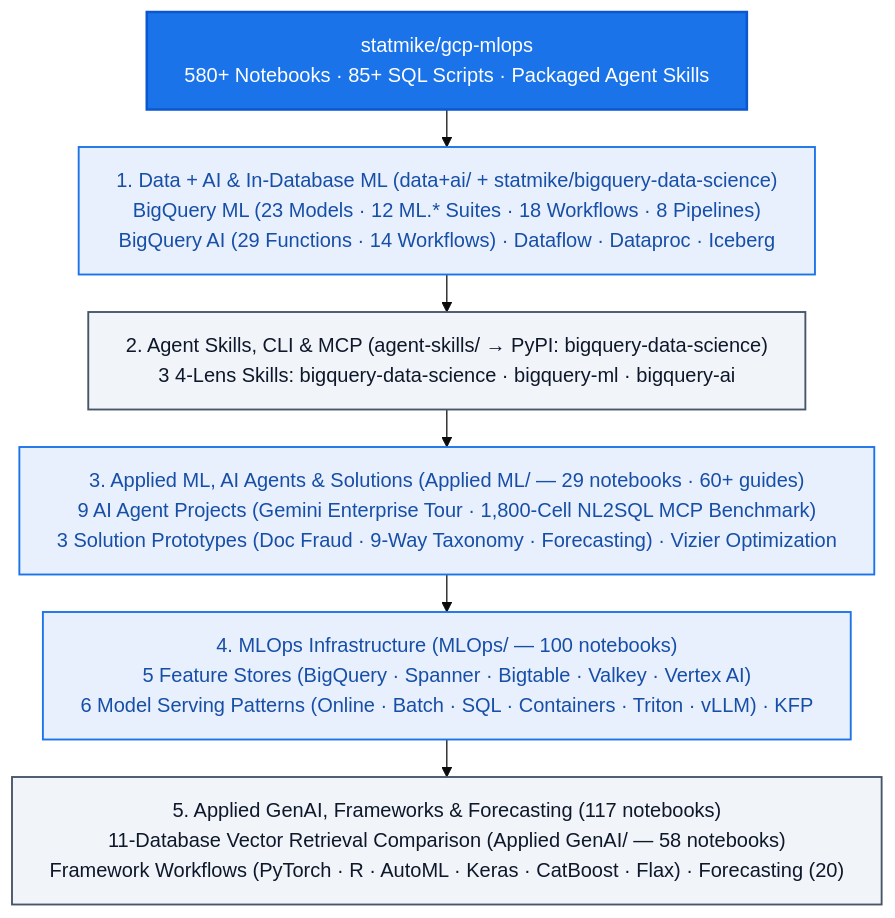
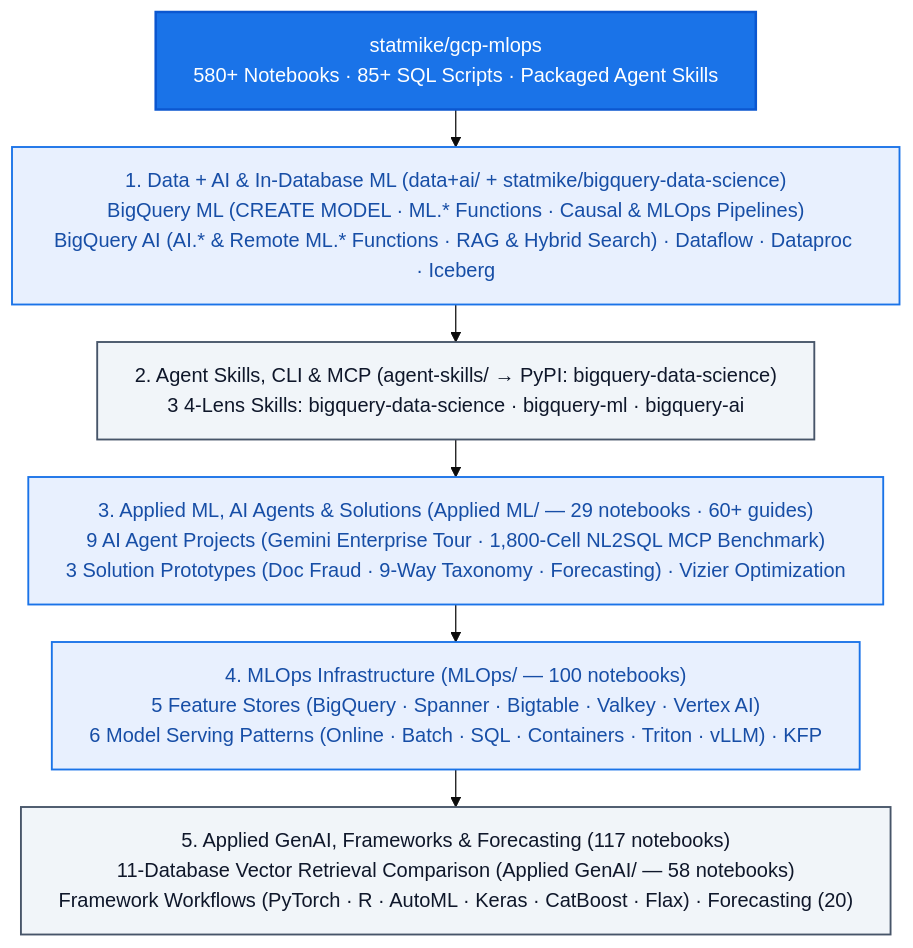
The diagram in readme.md (statmike/gcp-mlops), drawn with Mermaid (base theme) before and after one commit. The commit also changed other lines of this file and 5 other files, not shown here.

````diff
--- a/readme.md
+++ b/readme.md
@@ -57,24 +57,24 @@
 ```mermaid
 %%{init: {'flowchart': {'wrappingWidth': 650, 'nodeSpacing': 25, 'rankSpacing': 30}}}%%
 flowchart TD
     Start["statmike/gcp-mlops<br/>580+ Notebooks · 85+ SQL Scripts · Packaged Agent Skills"]
 
-    P1["1. Data + AI & In-Database ML (data+ai/ + statmike/bigquery-data-science)<br/>BigQuery ML (23 Models · 12 ML.* Suites · 18 Workflows · 8 Pipelines)<br/>BigQuery AI (29 Functions · 14 Workflows) · Dataflow · Dataproc · Iceberg"]
+    P1["1. Data + AI & In-Database ML (data+ai/ + statmike/bigquery-data-science)<br/>BigQuery ML (CREATE MODEL · ML.* Functions · Causal & MLOps Pipelines)<br/>BigQuery AI (AI.* & Remote ML.* Functions · RAG & Hybrid Search) · Dataflow · Dataproc · Iceberg"]
 
     P2["2. Agent Skills, CLI & MCP (agent-skills/ → PyPI: bigquery-data-science)<br/>3 4-Lens Skills: bigquery-data-science · bigquery-ml · bigquery-ai"]
 
     P3["3. Applied ML, AI Agents & Solutions (Applied ML/ — 29 notebooks · 60+ guides)<br/>9 AI Agent Projects (Gemini Enterprise Tour · 1,800-Cell NL2SQL MCP Benchmark)<br/>3 Solution Prototypes (Doc Fraud · 9-Way Taxonomy · Forecasting) · Vizier Optimization"]
 
     P4["4. MLOps Infrastructure (MLOps/ — 100 notebooks)<br/>5 Feature Stores (BigQuery · Spanner · Bigtable · Valkey · Vertex AI)<br/>6 Model Serving Patterns (Online · Batch · SQL · Containers · Triton · vLLM) · KFP"]
 
     P5["5. Applied GenAI, Frameworks & Forecasting (117 notebooks)<br/>11-Database Vector Retrieval Comparison (Applied GenAI/ — 58 notebooks)<br/>Framework Workflows (PyTorch · R · AutoML · Keras · CatBoost · Flax) · Forecasting (20)"]
 
     Start --> P1 --> P2 --> P3 --> P4 --> P5
 
     classDef root fill:#1a73e8,stroke:#0b57d0,stroke-width:2px,color:#ffffff
     classDef primary fill:#e8f0fe,stroke:#1a73e8,stroke-width:1.5px,color:#174ea6
     classDef secondary fill:#f1f5f9,stroke:#475569,stroke-width:1.5px,color:#0f172a
     class Start root
     class P1,P3,P4 primary
     class P2,P5 secondary
 ```
````
